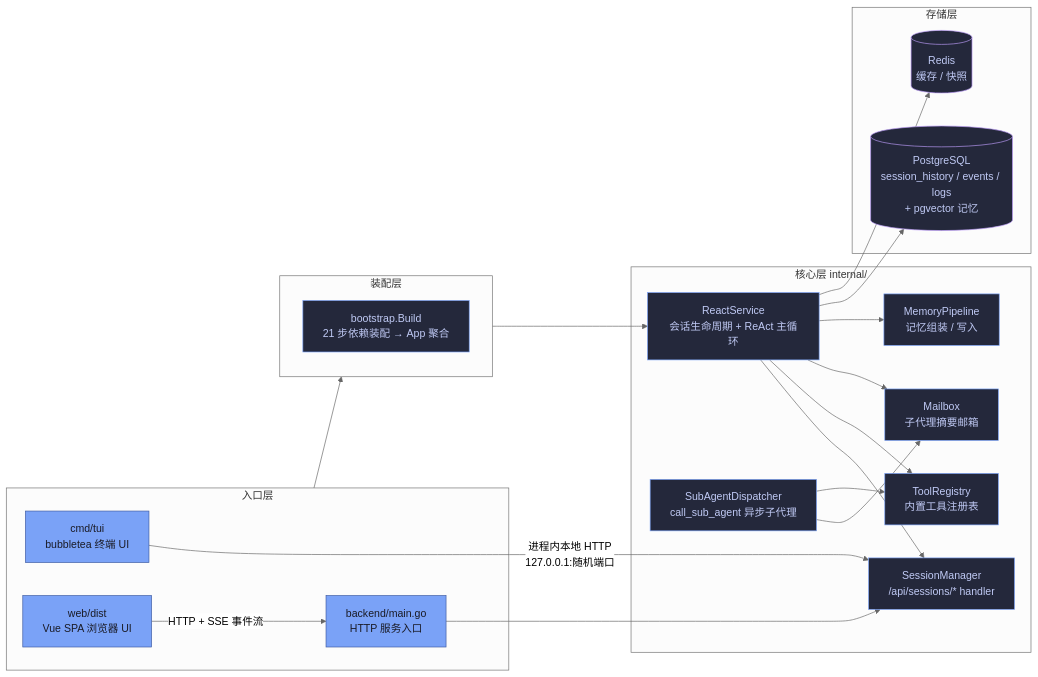
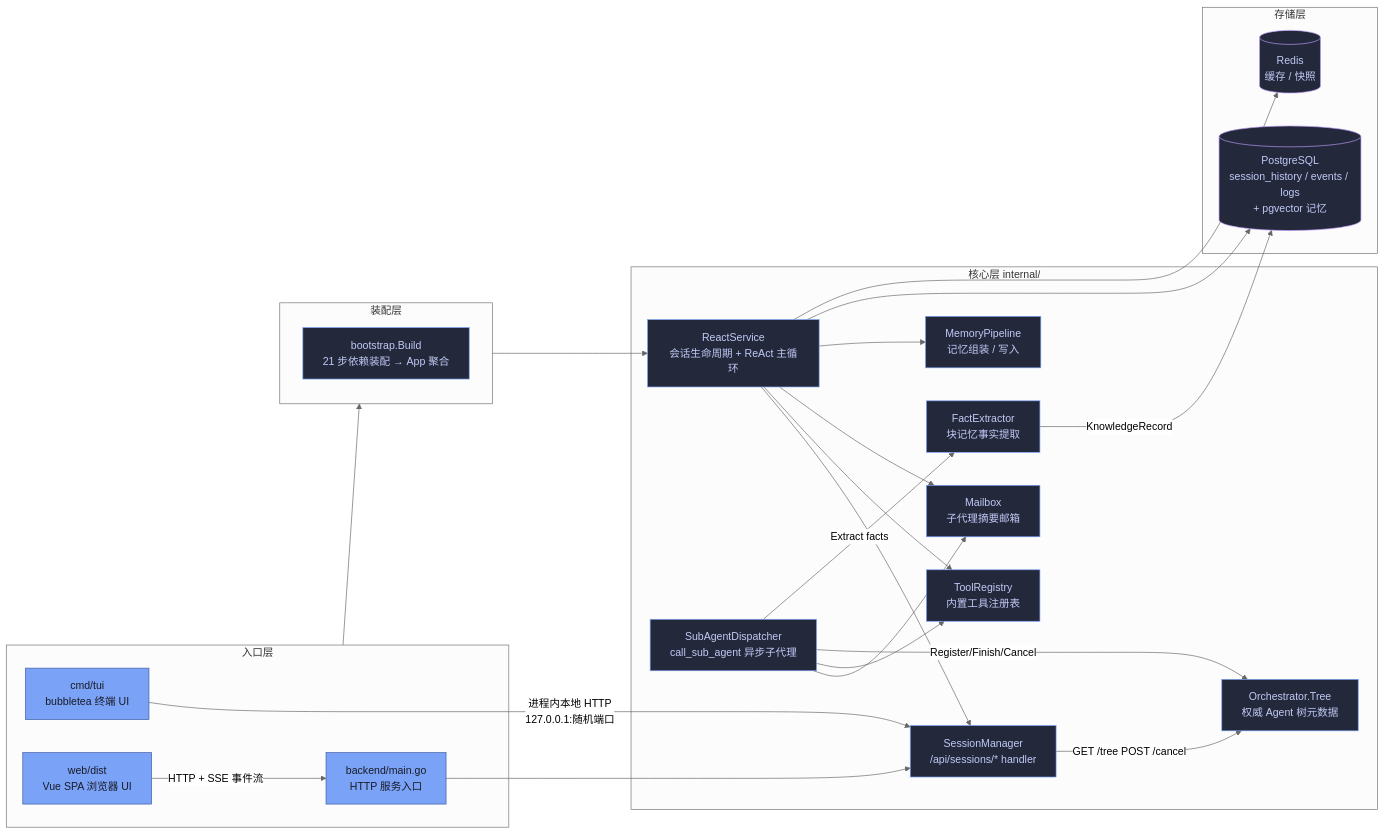
One commit to xxxAndlk/BlockMemoryAgent changed the first of 6 diagrams in doc/流程图.md. Above: the diagram before and after it, drawn with Mermaid (neutral theme). The commit also changed 3 other files, not shown here.

````diff
--- a/doc/流程图.md
+++ b/doc/流程图.md
@@ -11,47 +11,53 @@
 ```mermaid
 flowchart LR
     subgraph ENTRY["入口层"]
         TUI["cmd/tui<br/>bubbletea 终端 UI"]
         SRV["backend/main.go<br/>HTTP 服务入口"]
         WEB["web/dist<br/>Vue SPA 浏览器 UI"]
     end
 
     subgraph BOOT["装配层"]
         APP["bootstrap.Build<br/>21 步依赖装配 → App 聚合"]
     end
 
     subgraph CORE["核心层 internal/"]
         RS["ReactService<br/>会话生命周期 + ReAct 主循环"]
         SM["SessionManager<br/>/api/sessions/* handler"]
         TR["ToolRegistry<br/>内置工具注册表"]
         SA["SubAgentDispatcher<br/>call_sub_agent 异步子代理"]
         MB["Mailbox<br/>子代理摘要邮箱"]
         MEM["MemoryPipeline<br/>记忆组装 / 写入"]
+        ORC["Orchestrator.Tree<br/>权威 Agent 树元数据"]
+        FE["FactExtractor<br/>块记忆事实提取"]
     end
 
     subgraph DATA["存储层"]
         PG[("PostgreSQL<br/>session_history / events / logs<br/>+ pgvector 记忆")]
         RD[("Redis<br/>缓存 / 快照")]
     end
 
     TUI -->|"进程内本地 HTTP<br/>127.0.0.1:随机端口"| SM
     SRV --> SM
     WEB -->|"HTTP + SSE 事件流"| SRV
     ENTRY --> BOOT
     BOOT --> RS
     RS --> SM
     RS --> TR
     RS --> MB
     RS --> MEM
     SA --> MB
     SA --> TR
+    SA -->|"Register/Finish/Cancel"| ORC
+    SA -->|"Extract facts"| FE
+    FE -->|"KnowledgeRecord"| PG
+    SM -->|"GET /tree POST /cancel"| ORC
     RS --> PG
     RS --> RD
 
     classDef entry fill:#7AA2F7,stroke:#3D59A1,color:#1A1B26,stroke-width:1px
     classDef core fill:#24283B,stroke:#7AA2F7,color:#C0CAF5
     classDef store fill:#24283B,stroke:#BB9AF7,color:#C0CAF5
     class TUI,SRV,WEB entry
-    class RS,SM,TR,SA,MB,MEM,APP core
+    class RS,SM,TR,SA,MB,MEM,ORC,FE,APP core
     class PG,RD store
 ```
````
